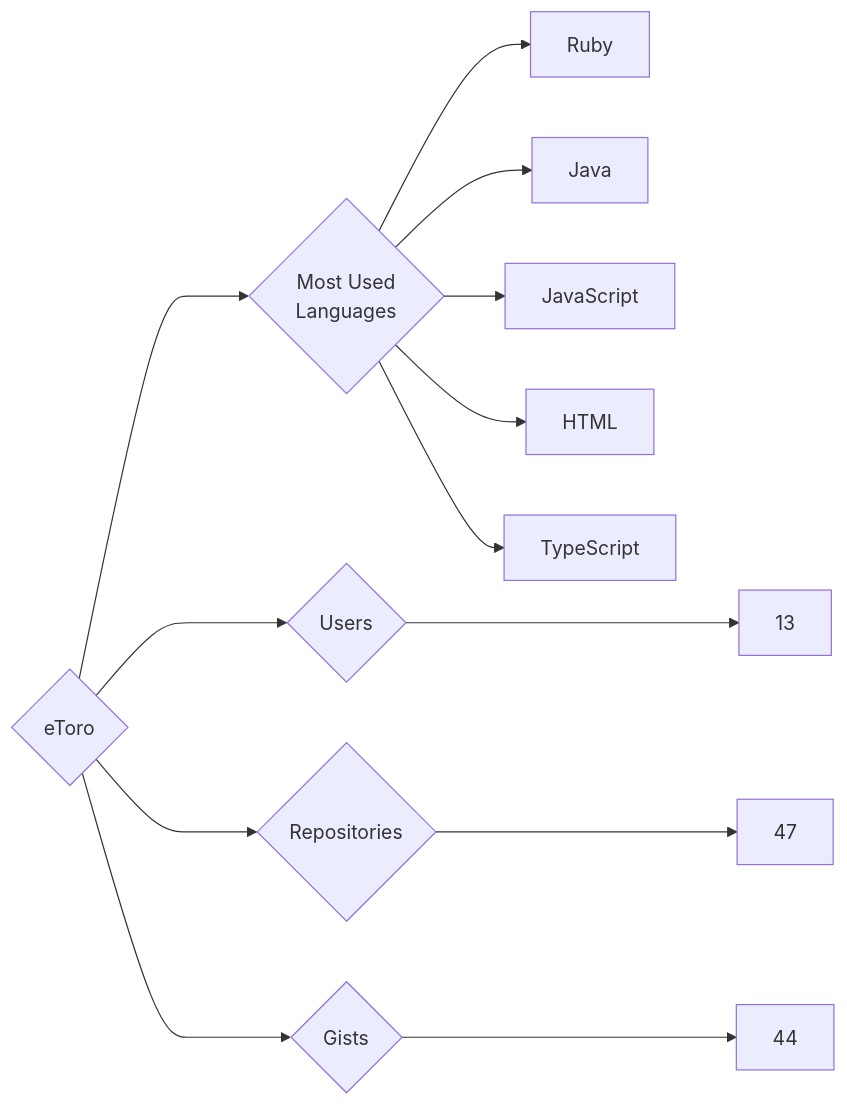
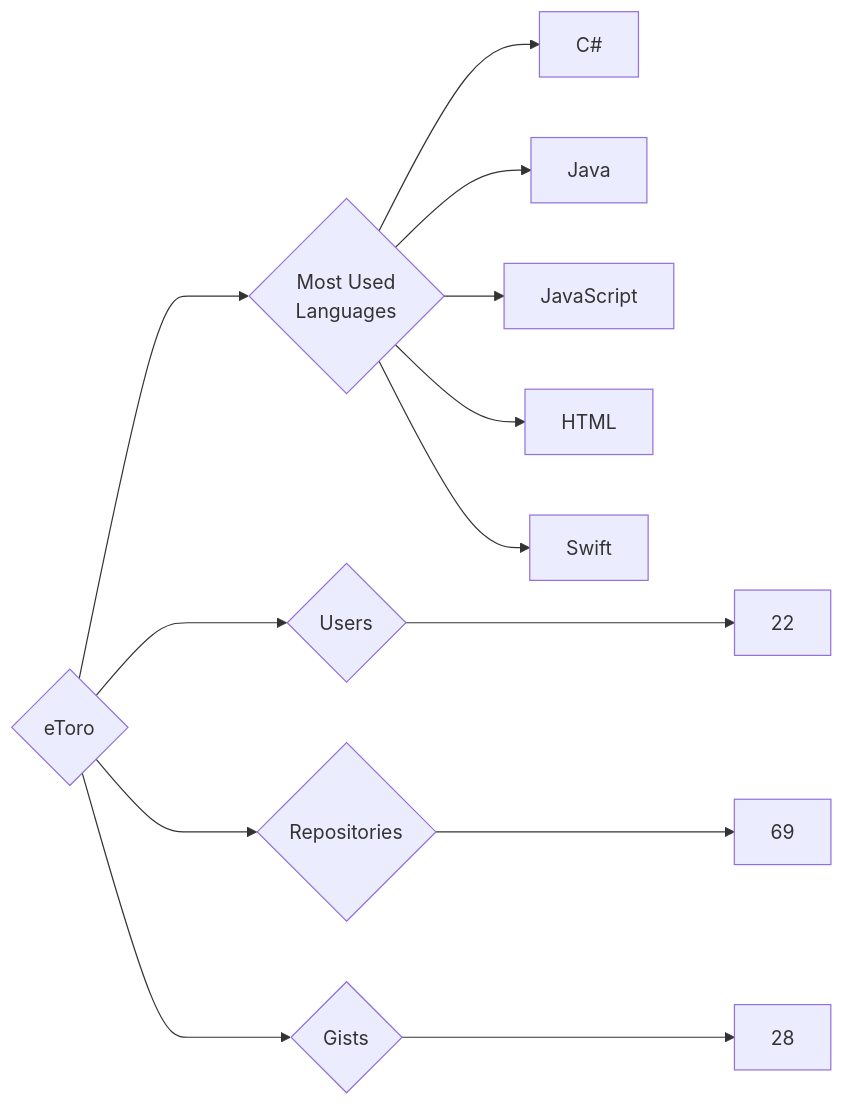
One commit to trickest/insiders changed the diagram in targets/eToro/README.md. Above: the diagram before and after it, drawn with Mermaid. The commit also changed 796 other files, not shown here.

````diff
--- a/targets/eToro/README.md
+++ b/targets/eToro/README.md
@@ -3,13 +3,13 @@
 ```mermaid
 graph LR
 COMPANY_NAME{eToro}
-COMPANY_NAME ---> U{Users} ---> UN[13]
-COMPANY_NAME ---> R{Repositories} ---> RN[47]
-COMPANY_NAME ---> G{Gists} ---> GN[44]
+COMPANY_NAME ---> U{Users} ---> UN[22]
+COMPANY_NAME ---> R{Repositories} ---> RN[69]
+COMPANY_NAME ---> G{Gists} ---> GN[28]
 COMPANY_NAME ---> ML{Most Used<br>Languages}
-ML --> Ruby[Ruby]
+ML --> C#[C#]
 ML --> Java[Java]
 ML --> JavaScript[JavaScript]
 ML --> HTML[HTML]
-ML --> TypeScript[TypeScript]
+ML --> Swift[Swift]
 ```
````
